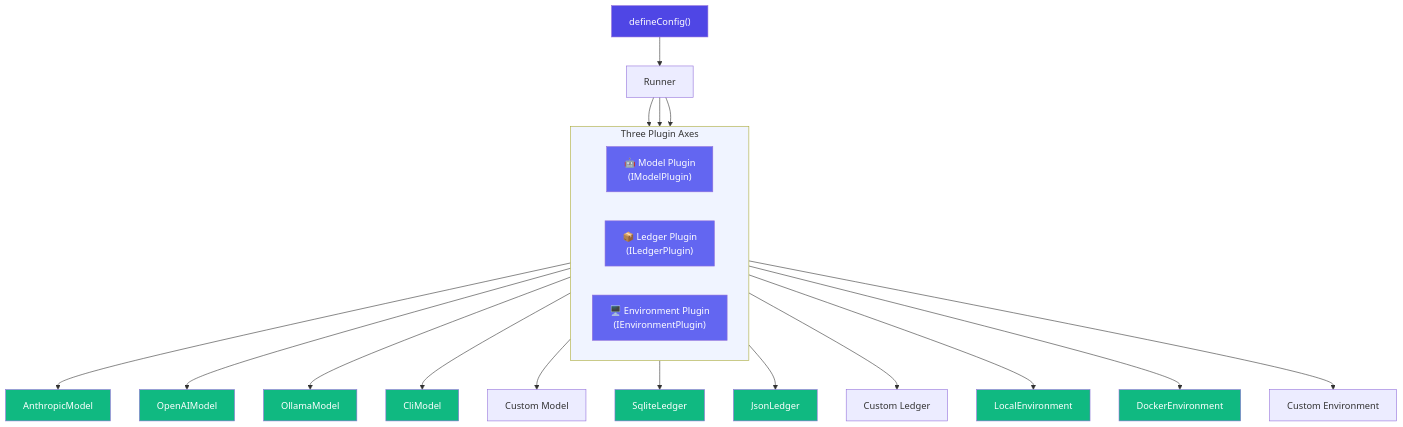
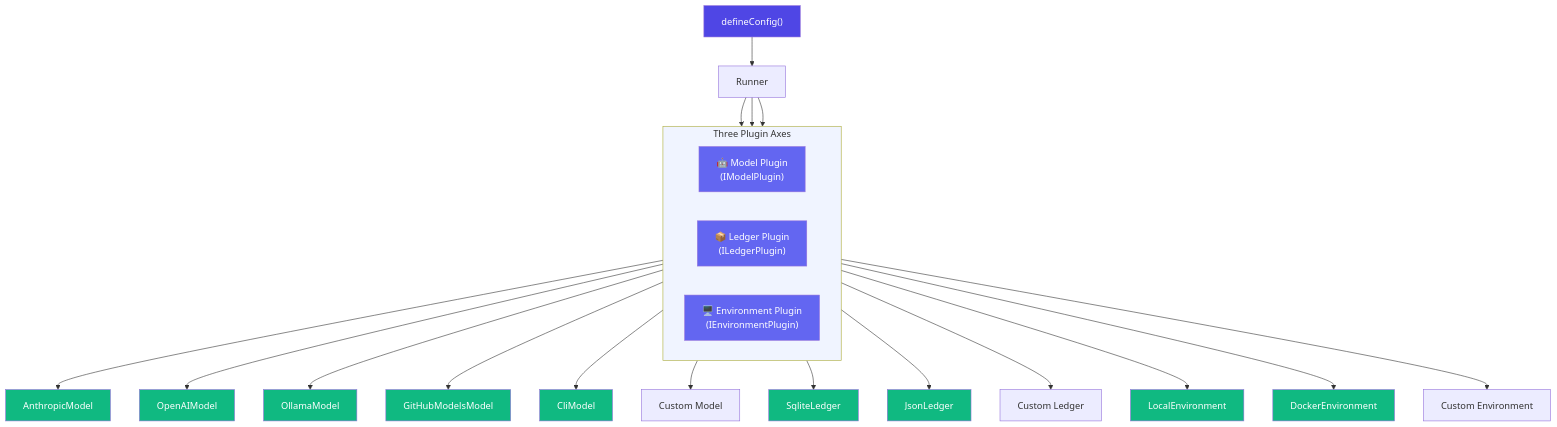
The first of 3 diagrams in apps/docs/guide/plugins.md (Tlahey/agent-eval), drawn with Mermaid before and after one commit. The commit also changed other lines of this file and 5 other files, not shown here.

First line of the commit message:
feat(llm): add GitHubModelsModel plugin for GitHub Models API

````diff
--- a/apps/docs/guide/plugins.md
+++ b/apps/docs/guide/plugins.md
@@ -7,43 +7,45 @@
 ```mermaid
 flowchart TB
     CONFIG["defineConfig()"] --> RUNNER["Runner"]
 
     subgraph Plugins["Three Plugin Axes"]
         direction LR
         MODEL["🤖 Model Plugin<br/>(IModelPlugin)"]
         LEDGER["📦 Ledger Plugin<br/>(ILedgerPlugin)"]
         ENV["🖥️ Environment Plugin<br/>(IEnvironmentPlugin)"]
     end
 
     RUNNER --> MODEL
     RUNNER --> LEDGER
     RUNNER --> ENV
 
     MODEL --> AN["AnthropicModel"]
     MODEL --> OA["OpenAIModel"]
     MODEL --> OL["OllamaModel"]
+    MODEL --> GH["GitHubModelsModel"]
     MODEL --> CL["CliModel"]
     MODEL --> CM["Custom Model"]
 
     LEDGER --> SQ["SqliteLedger"]
     LEDGER --> JS["JsonLedger"]
     LEDGER --> CU["Custom Ledger"]
 
     ENV --> LE["LocalEnvironment"]
     ENV --> DE["DockerEnvironment"]
     ENV --> CE["Custom Environment"]
 
     style CONFIG fill:#4f46e5,color:#fff
     style Plugins fill:#f0f4ff
     style MODEL fill:#6366f1,color:#fff
     style LEDGER fill:#6366f1,color:#fff
     style ENV fill:#6366f1,color:#fff
     style AN fill:#10b981,color:#fff
     style OA fill:#10b981,color:#fff
     style OL fill:#10b981,color:#fff
+    style GH fill:#10b981,color:#fff
     style CL fill:#10b981,color:#fff
     style SQ fill:#10b981,color:#fff
     style JS fill:#10b981,color:#fff
     style LE fill:#10b981,color:#fff
     style DE fill:#10b981,color:#fff
 ```
````
